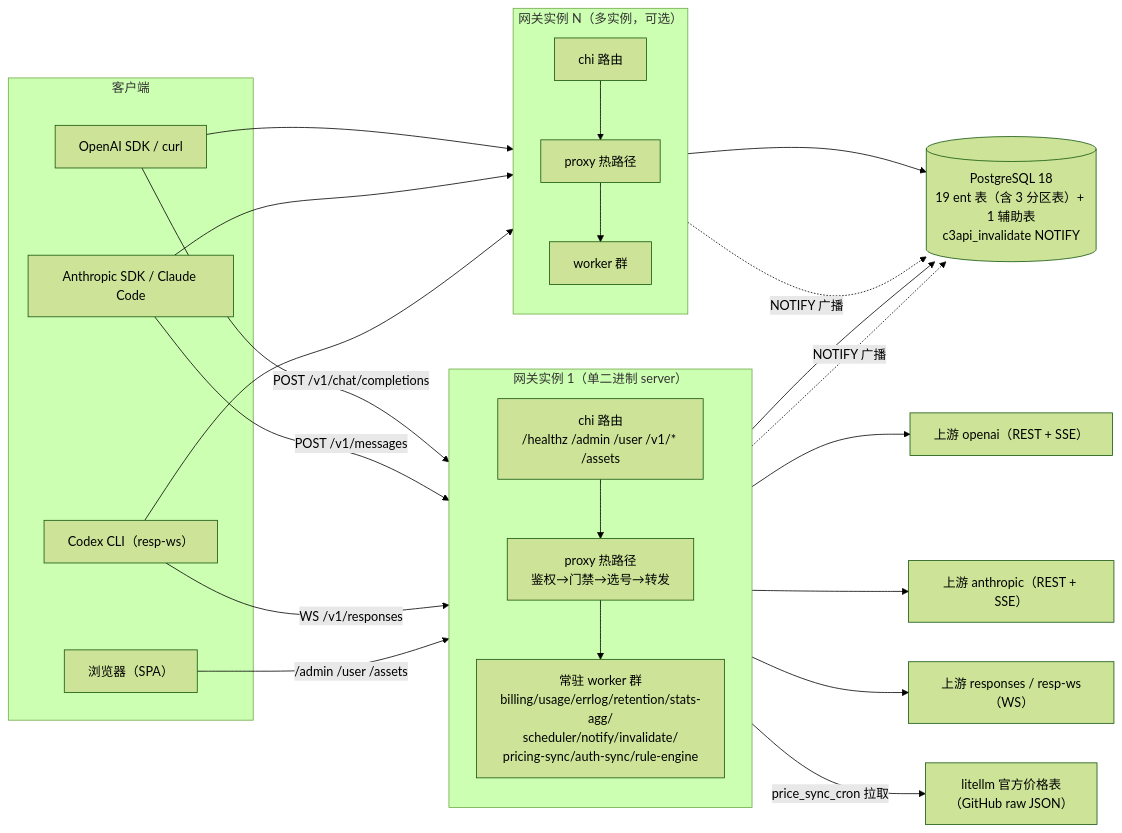
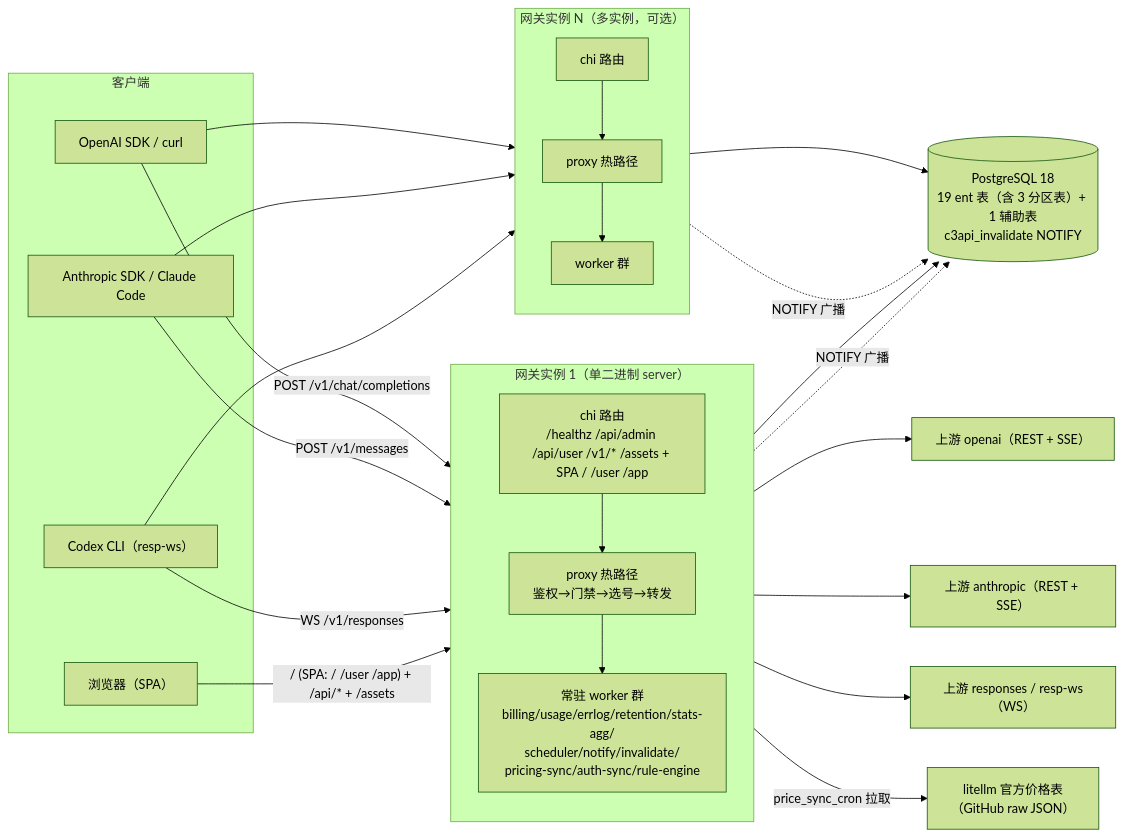
One commit to baimao5299-ship-it/c4 changed the first of 3 diagrams in docs/architecture-topology.md. Above: the diagram before and after it, drawn with Mermaid (forest theme). The commit also changed other lines of this file and 1 other file, not shown here.

First line of the commit message:
docs: update admin-api and architecture-topology for /api prefix

````diff
--- a/docs/architecture-topology.md
+++ b/docs/architecture-topology.md
@@ -10,47 +10,47 @@
 ```mermaid
 flowchart LR
     subgraph Client["客户端"]
         C1["OpenAI SDK / curl"]
         C2["Anthropic SDK / Claude Code"]
         C3["Codex CLI（resp-ws）"]
         W1["浏览器（SPA）"]
     end
 
     subgraph G1["网关实例 1（单二进制 server）"]
         direction TB
-        S["chi 路由<br/>/healthz /admin /user /v1/* /assets"]
+        S["chi 路由<br/>/healthz /api/admin /api/user /v1/* /assets + SPA / /user /app"]
         PX["proxy 热路径<br/>鉴权→门禁→选号→转发"]
         WH["常驻 worker 群<br/>billing/usage/errlog/retention/stats-agg/<br/>scheduler/notify/invalidate/<br/>pricing-sync/auth-sync/rule-engine"]
     end
 
     subgraph G2["网关实例 N（多实例，可选）"]
         direction TB
         S2["chi 路由"]
         PX2["proxy 热路径"]
         WH2["worker 群"]
     end
 
     PG[("PostgreSQL 18<br/>19 ent 表（含 3 分区表）+ 1 辅助表<br/>c3api_invalidate NOTIFY")]
     UP1["上游 openai（REST + SSE）"]
     UP2["上游 anthropic（REST + SSE）"]
     UP3["上游 responses / resp-ws（WS）"]
     LLM["litellm 官方价格表<br/>（GitHub raw JSON）"]
 
     C1 -->|"POST /v1/chat/completions"| S
     C2 -->|"POST /v1/messages"| S
     C3 -->|"WS /v1/responses"| S
-    W1 -->|"/admin /user /assets"| S
+    W1 -->|"/ (SPA: / /user /app) + /api/* + /assets"| S
     C1 --> S2
     C2 --> S2
     C3 --> S2
     S --> PX
     S2 --> PX2
     PX --> UP1 & UP2 & UP3
     PX --> WH
     PX2 --> WH2
     WH --> PG
     WH2 --> PG
     G1 -.NOTIFY 广播.-> PG
     G2 -.NOTIFY 广播.-> PG
     WH -->|"price_sync_cron 拉取"| LLM
 ```
````
